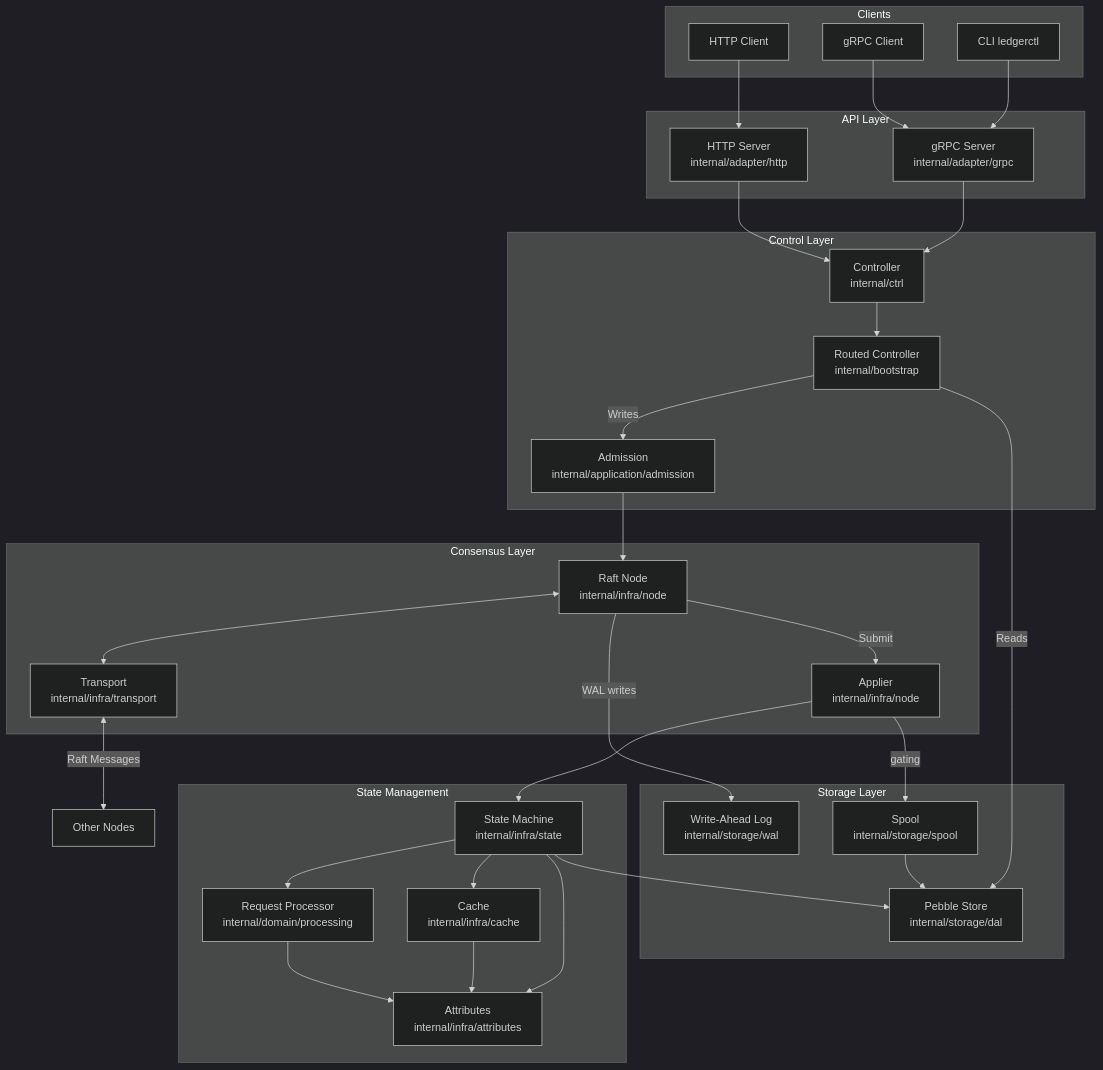
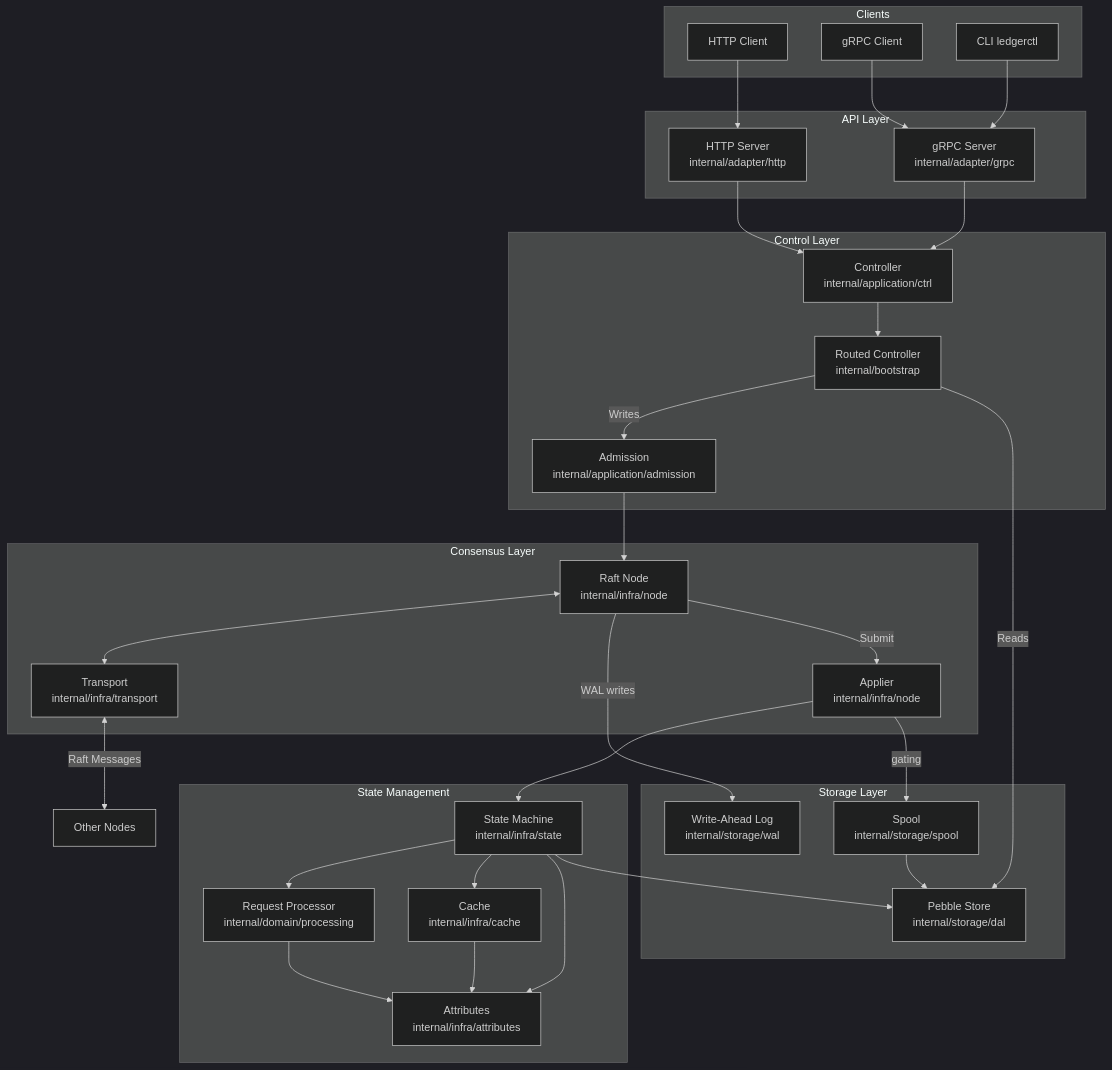
One commit to formancehq/ledger changed the first of 6 diagrams in docs/dev/architecture/overview.md. Above: the diagram before and after it, drawn with Mermaid (dark theme). The commit also changed other lines of this file and 25 other files, not shown here.

````diff
--- a/docs/dev/architecture/overview.md
+++ b/docs/dev/architecture/overview.md
@@ -9,68 +9,68 @@
 ```mermaid
 flowchart TB
     subgraph Clients
         HTTP[HTTP Client]
         GRPC[gRPC Client]
         CLI[CLI ledgerctl]
     end
 
     subgraph API["API Layer"]
         HTTPServer[HTTP Server<br/>internal/adapter/http]
         GRPCServer[gRPC Server<br/>internal/adapter/grpc]
     end
 
     subgraph Control["Control Layer"]
-        Controller[Controller<br/>internal/ctrl]
+        Controller[Controller<br/>internal/application/ctrl]
         RoutedCtrl[Routed Controller<br/>internal/bootstrap]
         Admission[Admission<br/>internal/application/admission]
     end
 
     subgraph Consensus["Consensus Layer"]
         Node[Raft Node<br/>internal/infra/node]
         Applier[Applier<br/>internal/infra/node]
         Transport[Transport<br/>internal/infra/transport]
     end
 
     subgraph State["State Management"]
         FSM[State Machine<br/>internal/infra/state]
         Processing[Request Processor<br/>internal/domain/processing]
         Cache[Cache<br/>internal/infra/cache]
         Attributes[Attributes<br/>internal/infra/attributes]
     end
 
     subgraph Storage["Storage Layer"]
         Store[Pebble Store<br/>internal/storage/dal]
         WAL[Write-Ahead Log<br/>internal/storage/wal]
         Spool[Spool<br/>internal/storage/spool]
     end
 
     HTTP --> HTTPServer
     GRPC --> GRPCServer
     CLI --> GRPCServer
 
     HTTPServer --> Controller
     GRPCServer --> Controller
 
     Controller --> RoutedCtrl
     RoutedCtrl -->|Writes| Admission
     RoutedCtrl -->|Reads| Store
 
     Admission --> Node
     Node <--> Transport
     Transport <-->|Raft Messages| OtherNodes[Other Nodes]
 
     Node -->|WAL writes| WAL
     Node -->|Submit| Applier
     Applier --> FSM
     Applier -->|gating| Spool
     FSM --> Processing
     FSM --> Cache
     FSM --> Attributes
     FSM --> Store
 
     Processing --> Attributes
 
     Spool --> Store
 
     Cache --> Attributes
 ```
````
